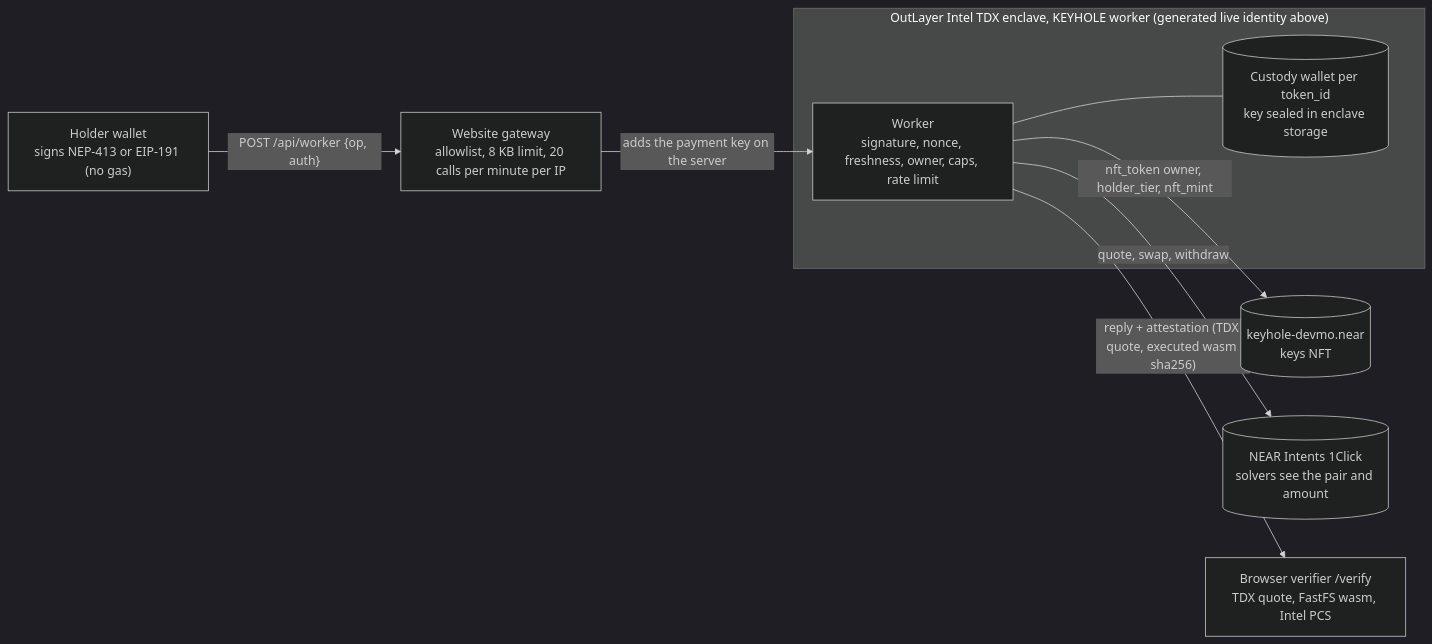
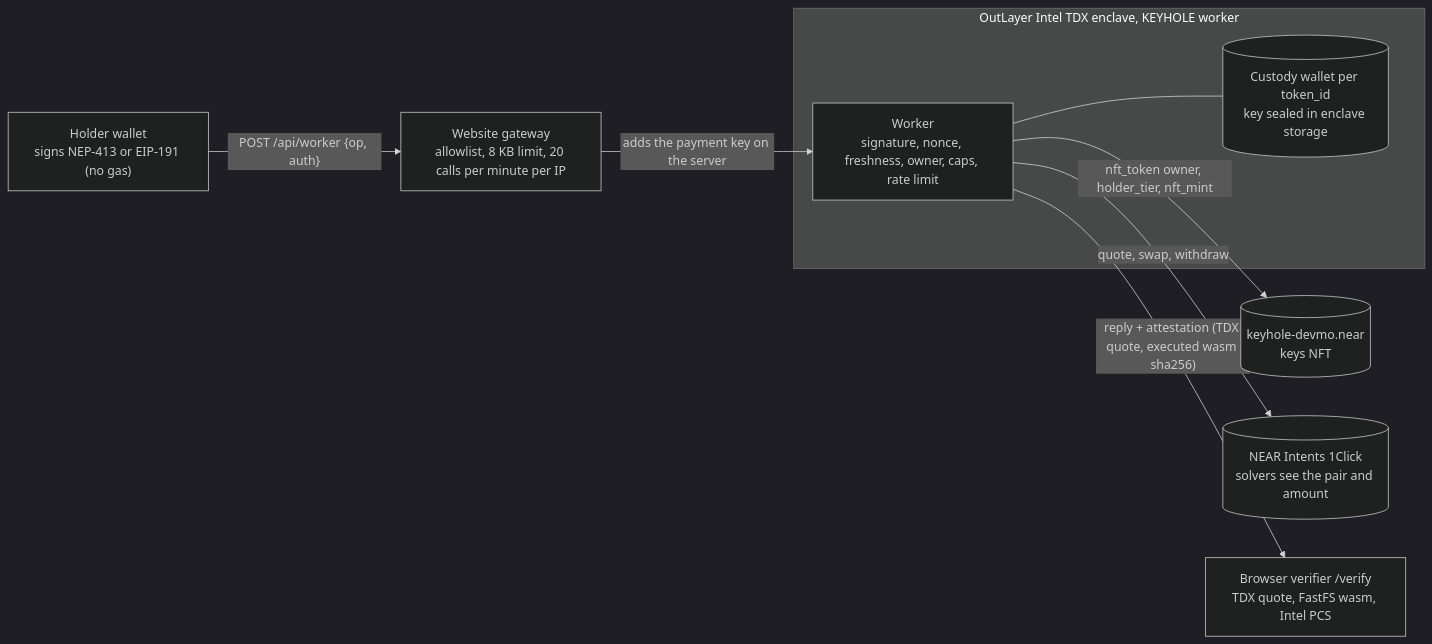
One commit to mohamedwael201193/keyhole changed the diagram in README.md. Above: the diagram before and after it, drawn with Mermaid (dark theme). The commit also changed other lines of this file and 21 other files, not shown here.

````diff
--- a/README.md
+++ b/README.md
@@ -274,13 +80,13 @@
 ```mermaid
 flowchart LR
   H["Holder wallet<br/>signs NEP-413 or EIP-191 (no gas)"] -->|"POST /api/worker {op, auth}"| G["Website gateway<br/>allowlist, 8 KB limit, 20 calls per minute per IP"]
   G -->|"adds the payment key on the server"| T
-  subgraph TEE["OutLayer Intel TDX enclave, KEYHOLE worker (generated live identity above)"]
+  subgraph TEE["OutLayer Intel TDX enclave, KEYHOLE worker"]
     T["Worker<br/>signature, nonce, freshness, owner, caps, rate limit"]
     CW[("Custody wallet per token_id<br/>key sealed in enclave storage")]
     T --- CW
   end
   T -->|"nft_token owner, holder_tier, nft_mint"| K[("keyhole-devmo.near<br/>keys NFT")]
   T -->|"quote, swap, withdraw"| I[("NEAR Intents 1Click<br/>solvers see the pair and amount")]
   T -->|"reply + attestation (TDX quote, executed wasm sha256)"| B["Browser verifier /verify<br/>TDX quote, FastFS wasm, Intel PCS"]
 ```
````
